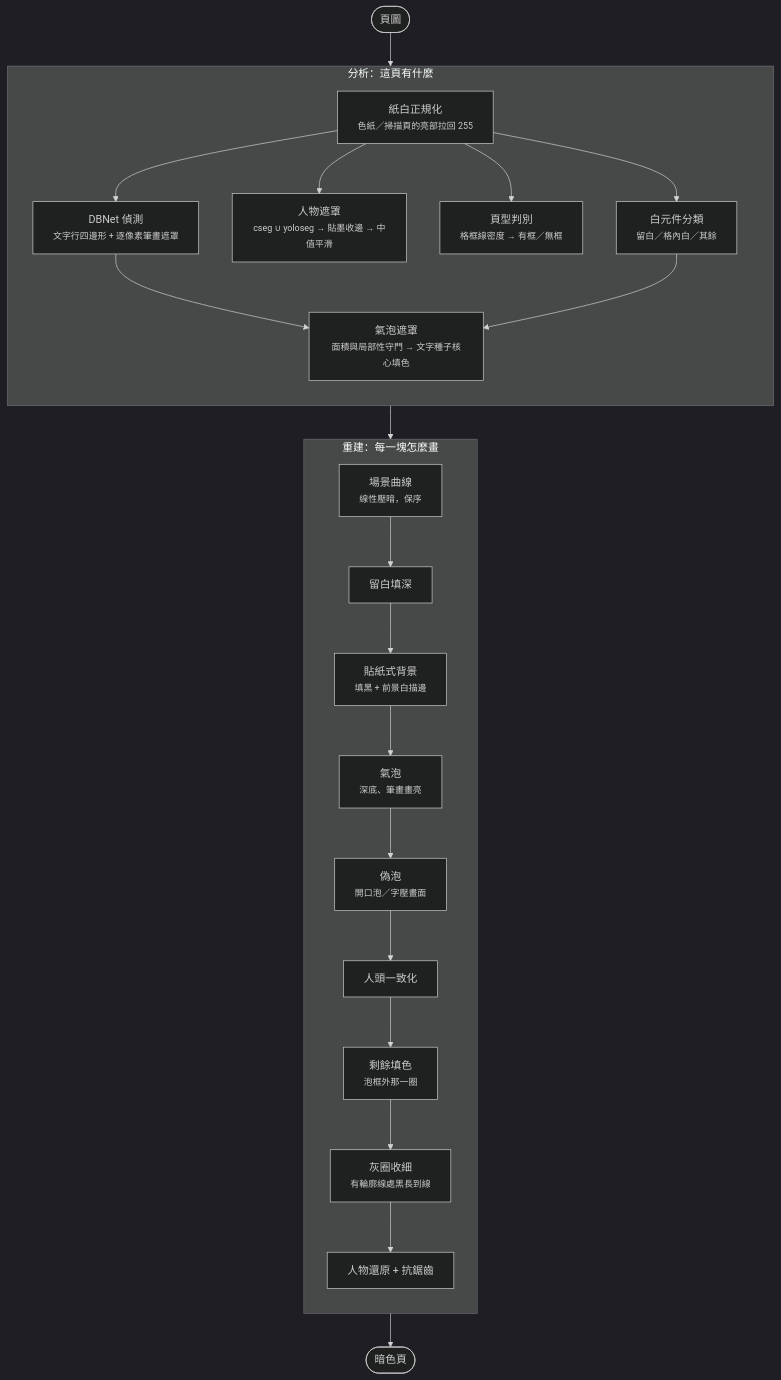
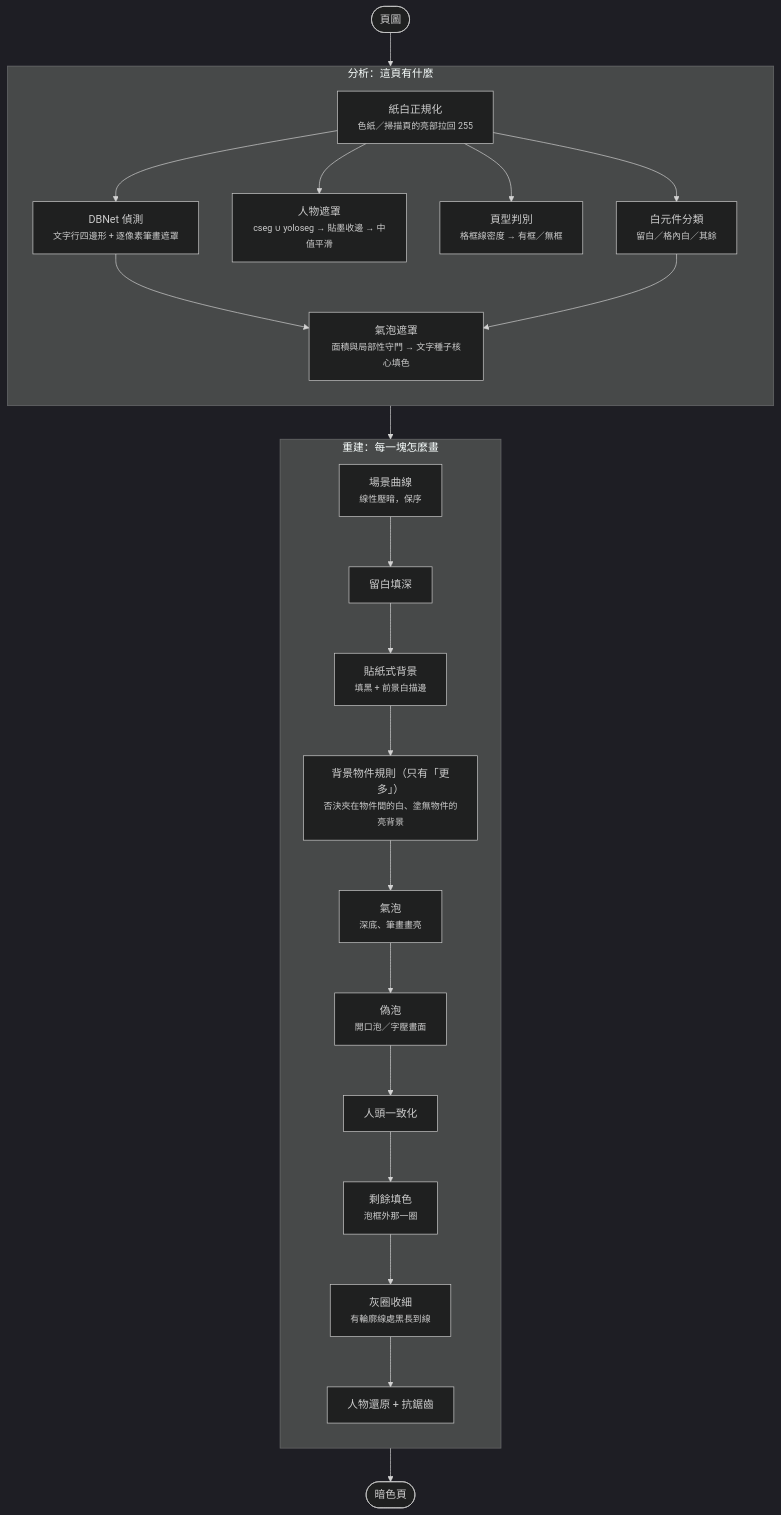
One commit to joyeli/yakuyomi-nightread changed the first of 2 diagrams in docs/ARCHITECTURE_zh.md. Above: the diagram before and after it, drawn with Mermaid (dark theme). The commit also changed other lines of this file and 8 other files, not shown here.

First line of the commit message:
「更多」背景物件規則文件＋記憶體收尾：DECISIONS 新增一節與規則版本 3 歷史列、PARAMETERS（中英）、ARCHITECTURE（中英）、nightread README；沒有多收元件就不跑兩趟、字塊外圈逐點找最大標號（47 頁兩檔成品與中間遮罩逐位元不變，最低 heap 與版本 2 相同、c362_013 +2 MB）

````diff
--- a/docs/ARCHITECTURE_zh.md
+++ b/docs/ARCHITECTURE_zh.md
@@ -31,29 +31,30 @@
 ```mermaid
 flowchart TB
     IN([頁圖]) --> P[紙白正規化<br/><small>色紙／掃描頁的亮部拉回 255</small>]
 
     subgraph ANA [分析：這頁有什麼]
         direction TB
         P --> DET[DBNet 偵測<br/><small>文字行四邊形 + 逐像素筆畫遮罩</small>]
         P --> CM[人物遮罩<br/><small>cseg ∪ yoloseg → 貼墨收邊 → 中值平滑</small>]
         P --> PT[頁型判別<br/><small>格框線密度 → 有框／無框</small>]
         P --> WC[白元件分類<br/><small>留白／格內白／其餘</small>]
         DET --> BUB[氣泡遮罩<br/><small>面積與局部性守門 → 文字種子核心填色</small>]
         WC --> BUB
     end
 
     subgraph SYN [重建：每一塊怎麼畫]
         direction TB
         SC[場景曲線<br/><small>線性壓暗，保序</small>] --> GUT[留白填深]
         GUT --> STK[貼紙式背景<br/><small>填黑 + 前景白描邊</small>]
-        STK --> BB[氣泡<br/><small>深底、筆畫畫亮</small>]
+        STK --> OBJ[背景物件規則（只有「更多」）<br/><small>否決夾在物件間的白、塗無物件的亮背景</small>]
+        OBJ --> BB[氣泡<br/><small>深底、筆畫畫亮</small>]
         BB --> PB[偽泡<br/><small>開口泡／字壓畫面</small>]
         PB --> HM[人頭一致化]
         HM --> RST[剩餘填色<br/><small>泡框外那一圈</small>]
         RST --> RNG[灰圈收細<br/><small>有輪廓線處黑長到線</small>]
         RNG --> RES[人物還原 + 抗鋸齒]
     end
 
     ANA --> SC
     RES --> OUT([暗色頁])
 ```
````
